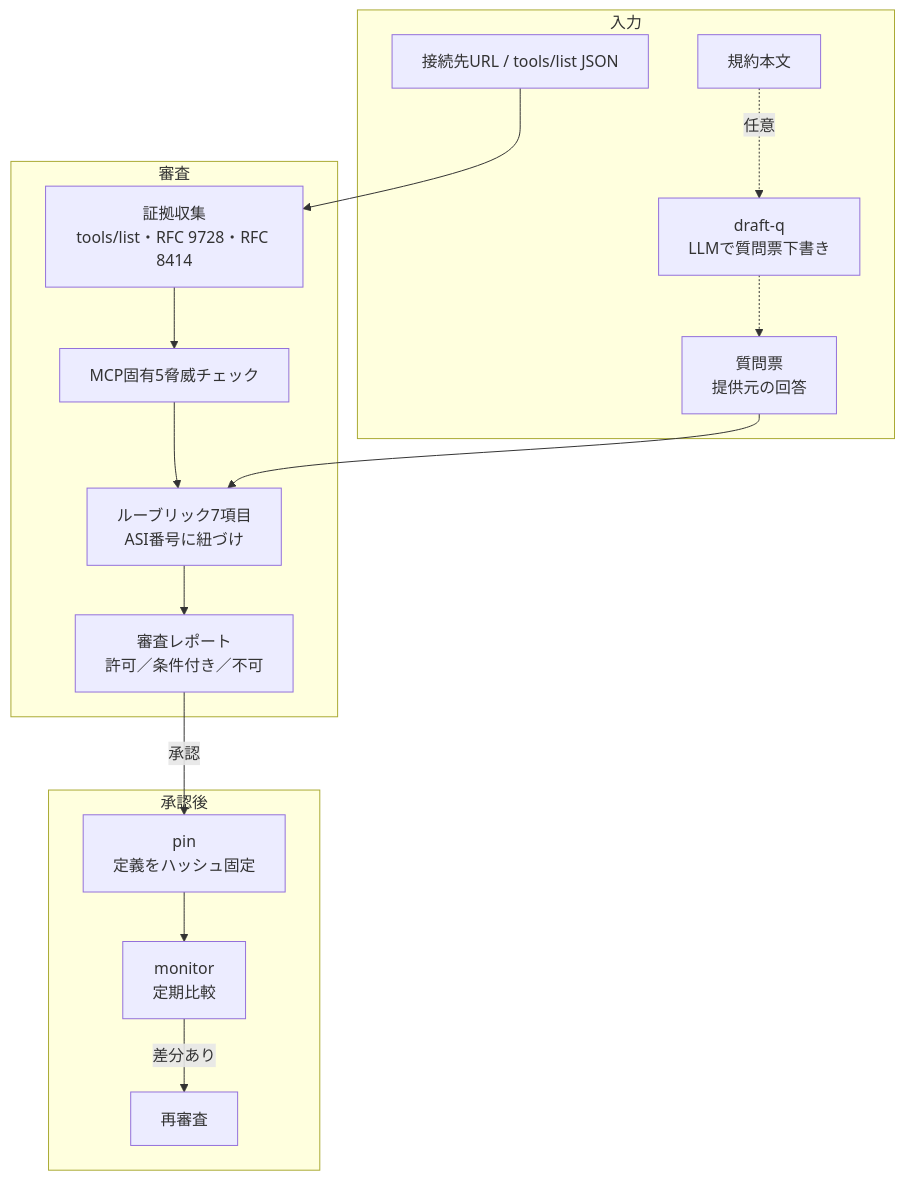
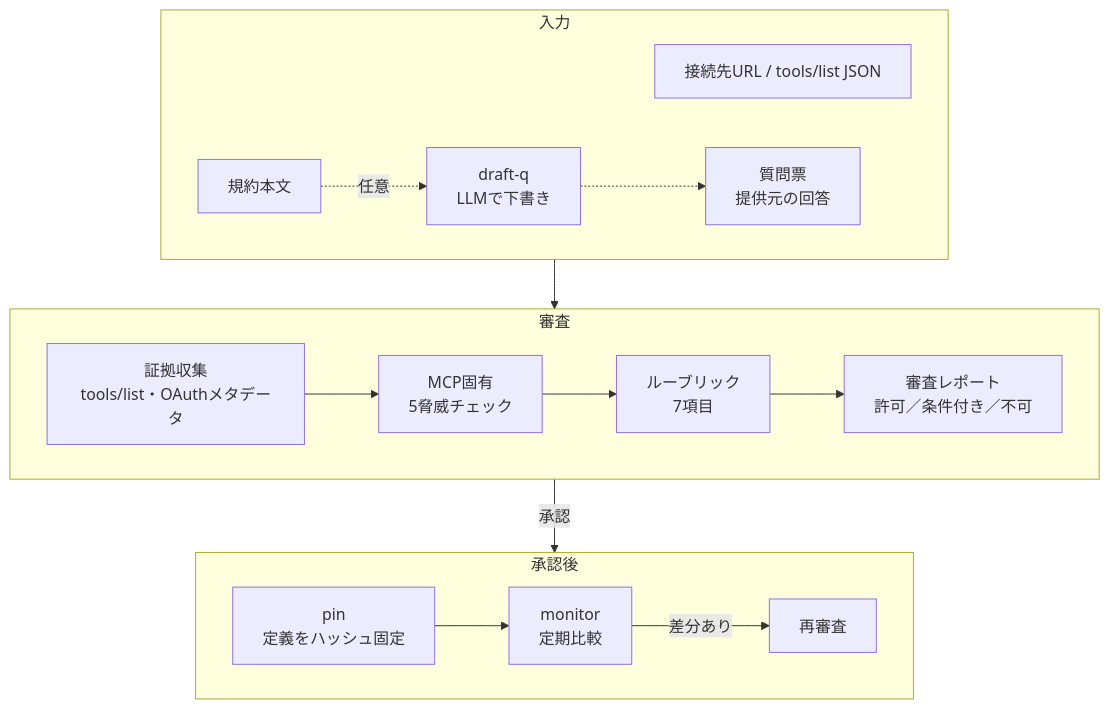
One commit to sanarita/magate changed the diagram in README.md. Above: the diagram before and after it, drawn with Mermaid.

Commit message:
Refactor flowchart sections in README.md

````diff
--- a/README.md
+++ b/README.md
@@ -17,21 +17,18 @@
 ```mermaid
 flowchart TB
-  subgraph 入力
+  subgraph IN[入力]
+    direction LR
     A[接続先URL / tools/list JSON]
-    Q[質問票<br>提供元の回答]
-    P[規約本文] -. 任意 .-> L[draft-q<br>LLMで質問票下書き]
+    P[規約本文] -. 任意 .-> L[draft-q<br>LLMで下書き] -.-> Q[質問票<br>提供元の回答]
   end
-  subgraph 審査
-    B[証拠収集<br>tools/list・RFC 9728・RFC 8414] --> C[MCP固有5脅威チェック]
-    C --> D[ルーブリック7項目<br>ASI番号に紐づけ]
-    D --> R[審査レポート<br>許可／条件付き／不可]
+  subgraph AUD[審査]
+    direction LR
+    B[証拠収集<br>tools/list・OAuthメタデータ] --> C[MCP固有<br>5脅威チェック] --> D[ルーブリック<br>7項目] --> R[審査レポート<br>許可／条件付き／不可]
   end
-  subgraph 承認後
-    PIN[pin<br>定義をハッシュ固定] --> M[monitor<br>定期比較]
-    M -->|差分あり| RE[再審査]
+  subgraph AFTER[承認後]
+    direction LR
+    PIN[pin<br>定義をハッシュ固定] --> M[monitor<br>定期比較] -->|差分あり| RE[再審査]
   end
-  A --> B
-  L -.-> Q
-  Q --> D
-  R -->|承認| PIN
+  IN --> AUD
+  AUD -->|承認| AFTER
 ```
````
